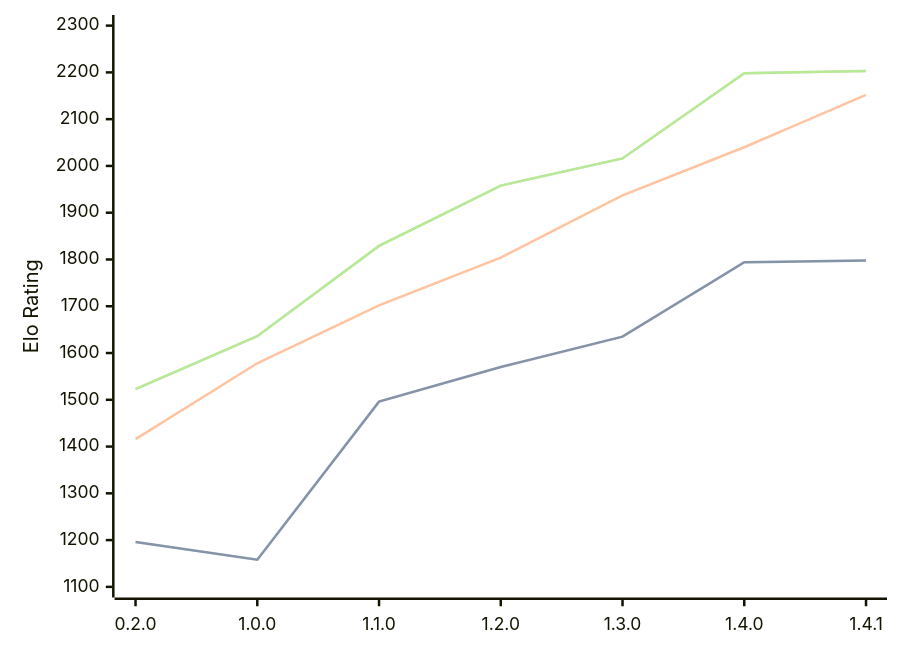
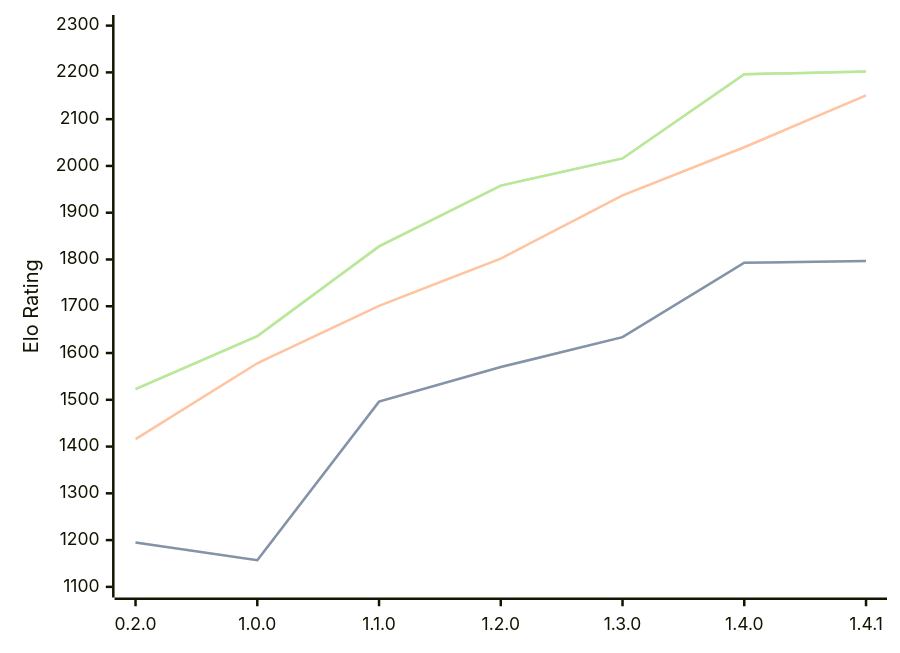
The diagram in engines/Zeppelin.md (computer-chess-index/cci), drawn with Mermaid before and after one commit. The commit also changed other lines of this file, not shown here.

Commit message:
Update CCI Ratings (ELO VLTC) - 2026-03-23

````diff
--- a/engines/Zeppelin.md
+++ b/engines/Zeppelin.md
@@ -39,11 +40,11 @@
 ```mermaid
 %%{init: {"theme":"base","themeVariables":{"seriesColors:['#a3a3a3','#222221','#faa371']}}}%%
 xychart-beta
   x-axis ["0.2.0", "1.0.0", "1.1.0", "1.2.0", "1.3.0", "1.4.0", "1.4.1"]
   y-axis "Elo Rating" 1100 --> 2300
-  line "STC (8.0+0.08s)" [1196, 1158, 1496, 1570, 1635, 1794, 1798]
-  line "STC (8.0+0.08s)" [1196, 1158, 1496, 1570, 1635, 1794, 1798]
-  line "LTC (60.0+0.60s)" [1416, 1578, 1702, 1804, 1937, 2040, 2152]
-  line "VLTC (2m24s+1.12s)" [1523, 1636, 1829, 1958, 2016, 2198, 2203]
-  line "VLTC (2m24s+1.12s)" [1523, 1636, 1829, 1958, 2016, 2198, 2203]
+  line "STC (8.0+0.08s)" [1195, 1157, 1496, 1570, 1634, 1793, 1797]
+  line "STC (8.0+0.08s)" [1195, 1157, 1496, 1570, 1634, 1793, 1797]
+  line "LTC (60.0+0.60s)" [1416, 1578, 1701, 1802, 1937, 2040, 2151]
+  line "VLTC (2m24s+1.12s)" [1523, 1636, 1828, 1958, 2016, 2196, 2202]
+  line "VLTC (2m24s+1.12s)" [1523, 1636, 1828, 1958, 2016, 2196, 2202]
 ```
````
